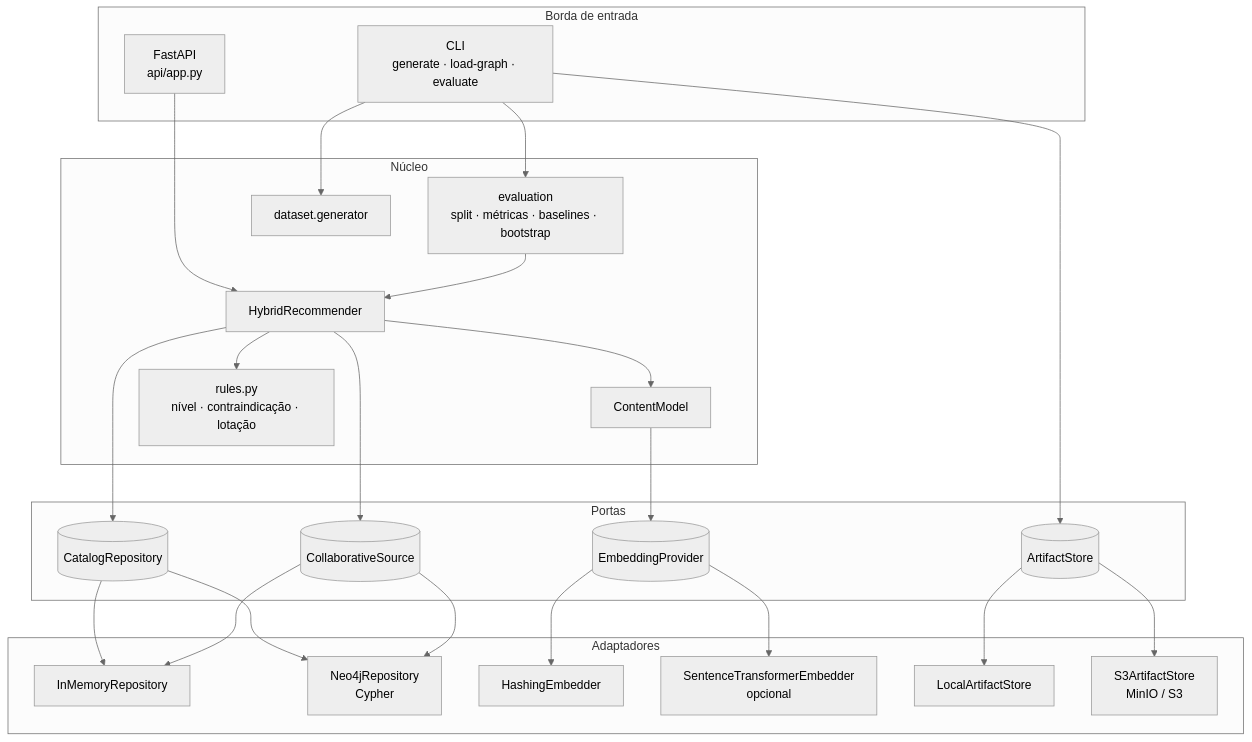
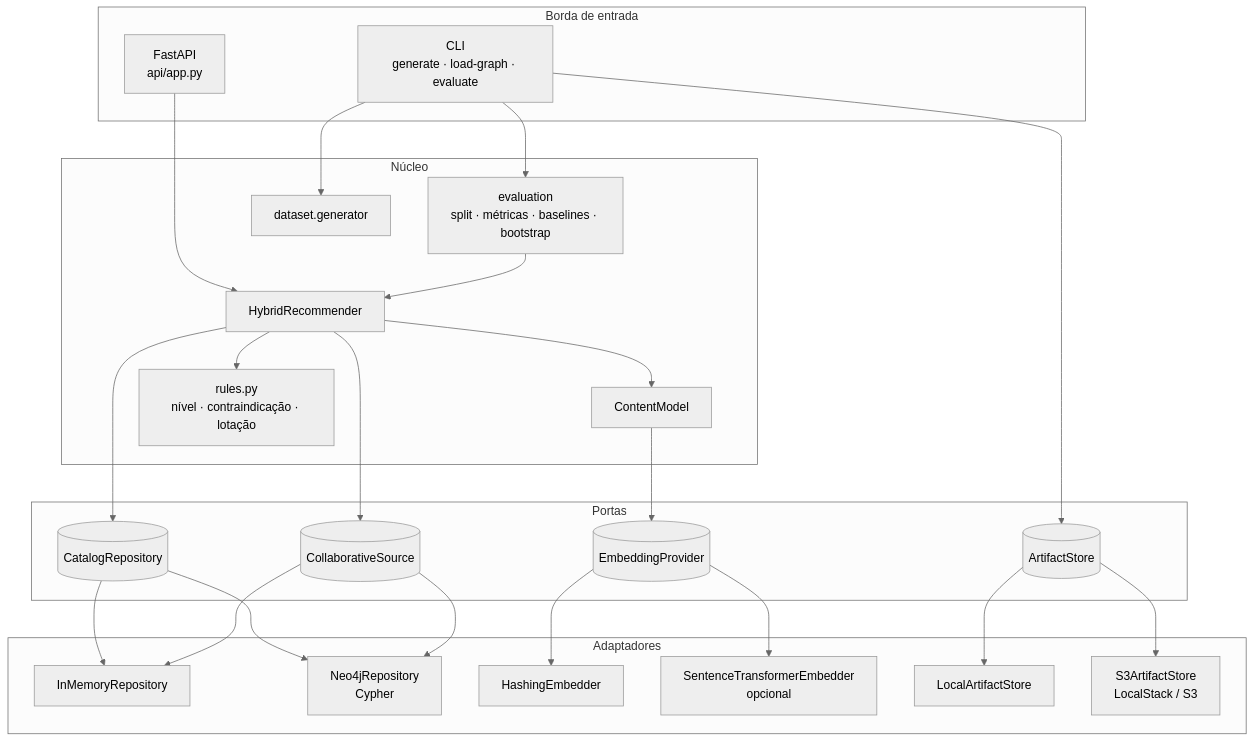
Before and after one commit to JohnnyMatteus/lesson-recommender: the first of 4 diagrams in docs/design-doc.md, drawn with Mermaid (neutral theme). The commit also changed other lines of this file and 15 other files, not shown here.

First line of the commit message:
feat(infra): troca o S3 local por LocalStack e prova no CI

````diff
--- a/docs/design-doc.md
+++ b/docs/design-doc.md
@@ -52,39 +52,39 @@
 ```mermaid
 flowchart TB
   subgraph Borda de entrada
     API[FastAPI<br/>api/app.py]
     CLI[CLI<br/>generate · load-graph · evaluate]
   end
   subgraph Núcleo
     HYB[HybridRecommender]
     CNT[ContentModel]
     RUL[rules.py<br/>nível · contraindicação · lotação]
     EVA[evaluation<br/>split · métricas · baselines · bootstrap]
     GEN[dataset.generator]
   end
   subgraph Portas
     PR[(CatalogRepository)]
     PC[(CollaborativeSource)]
     PE[(EmbeddingProvider)]
     PA[(ArtifactStore)]
   end
   subgraph Adaptadores
     MEM[InMemoryRepository]
     NEO[Neo4jRepository<br/>Cypher]
     HASH[HashingEmbedder]
     ST[SentenceTransformerEmbedder<br/>opcional]
     LOC[LocalArtifactStore]
-    S3[S3ArtifactStore<br/>MinIO / S3]
+    S3[S3ArtifactStore<br/>LocalStack / S3]
   end
   API --> HYB
   CLI --> GEN & EVA
   EVA --> HYB
   HYB --> RUL & CNT
   HYB --> PR & PC
   CNT --> PE
   CLI --> PA
   PR --> MEM & NEO
   PC --> MEM & NEO
   PE --> HASH & ST
   PA --> LOC & S3
 ```
````
